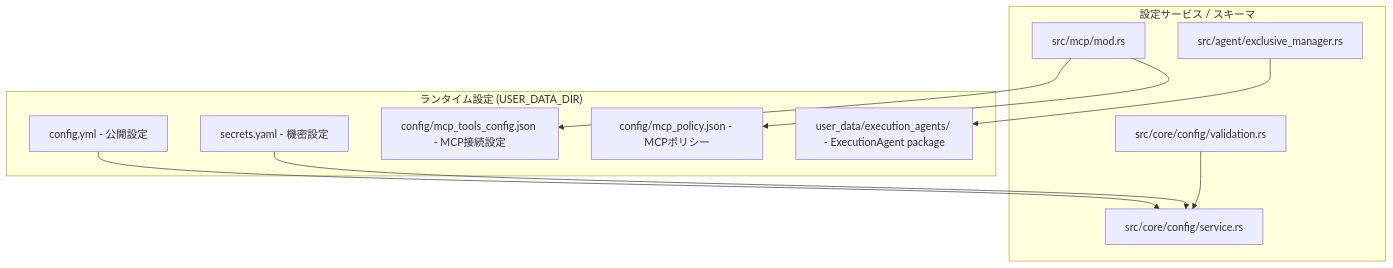
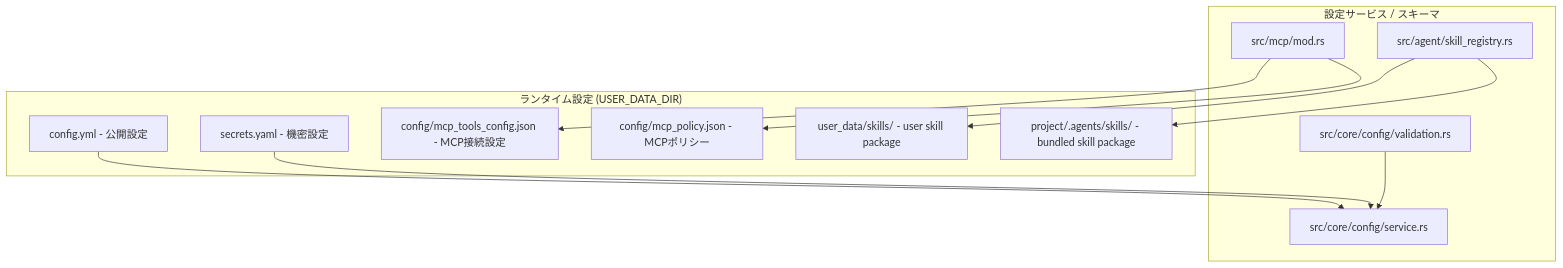
Before and after one commit to coco4atJP/Tepora-alpha: the tenth of 10 diagrams in docs/architecture/ARCHITECTURE.md, drawn with Mermaid. The commit also changed other lines of this file and 51 other files, not shown here.

Commit message:
feat: adopt agent skills and bump app version to 0.4.5

````diff
--- a/docs/architecture/ARCHITECTURE.md
+++ b/docs/architecture/ARCHITECTURE.md
@@ -1112,24 +1112,26 @@
 ```mermaid
 graph TB
     subgraph Runtime["ランタイム設定 (USER_DATA_DIR)"]
         ConfigYml[config.yml - 公開設定]
         SecretsYml[secrets.yaml - 機密設定]
         McpJson[config/mcp_tools_config.json - MCP接続設定]
         McpPolicy[config/mcp_policy.json - MCPポリシー]
-        ExecutionAgentPackages[user_data/execution_agents/<id> - ExecutionAgent package]
+        UserSkills[user_data/skills/<id> - user skill package]
+        ProjectSkills[project/.agents/skills/<id> - bundled skill package]
     end
   
     subgraph Services["設定サービス / スキーマ"]
         ConfigSvc[src/core/config/service.rs]
         ConfigValidation[src/core/config/validation.rs]
         McpManager[src/mcp/mod.rs]
-        AgentManager[src/agent/exclusive_manager.rs]
+        SkillRegistry[src/agent/skill_registry.rs]
     end
   
     ConfigYml --> ConfigSvc
     SecretsYml --> ConfigSvc
     ConfigValidation --> ConfigSvc
     McpManager --> McpJson
     McpManager --> McpPolicy
-    AgentManager --> ExecutionAgentPackages
+    SkillRegistry --> UserSkills
+    SkillRegistry --> ProjectSkills
 ```
````
